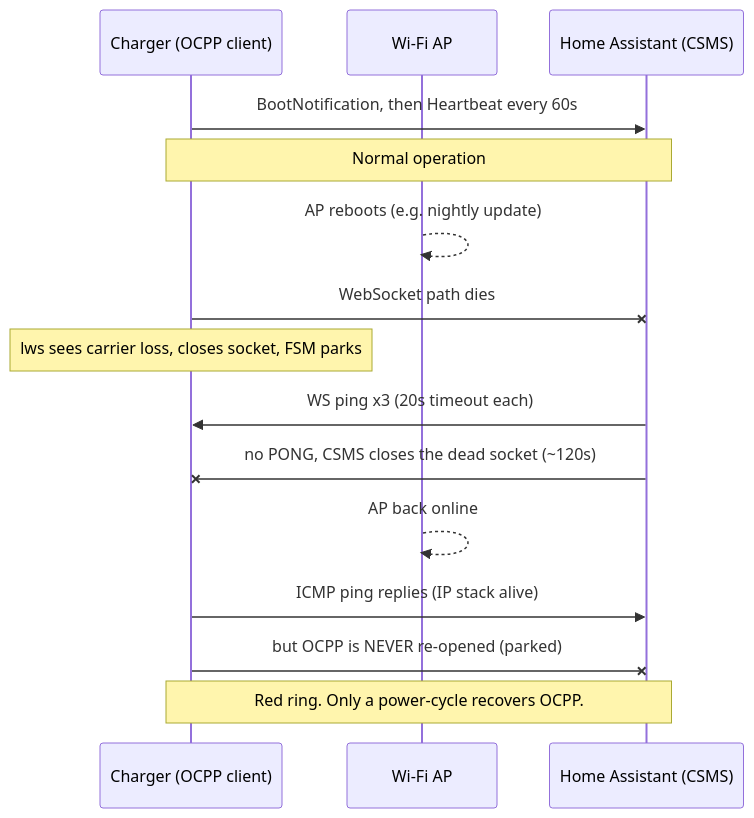
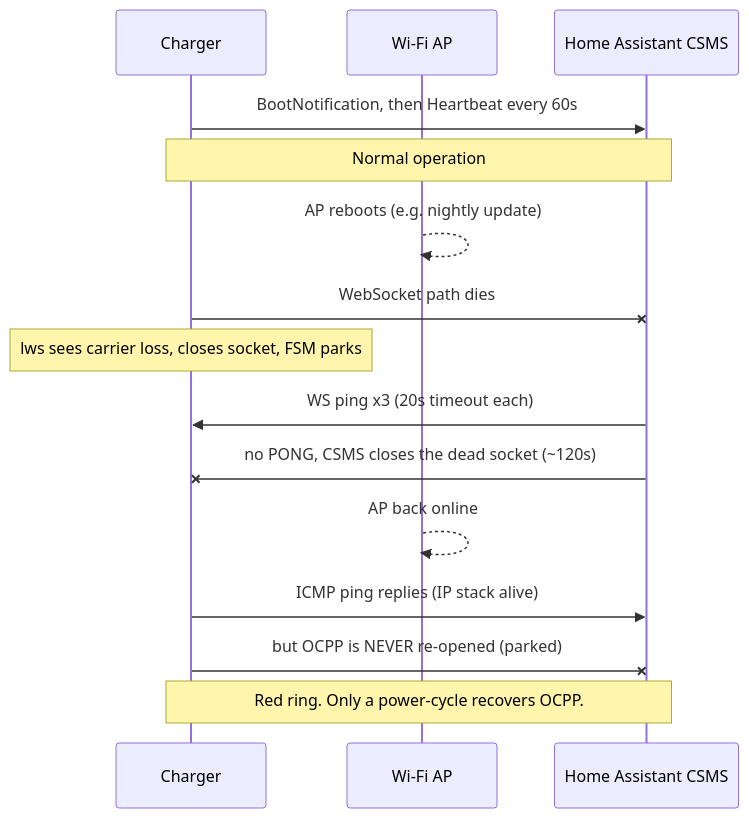
Before and after one commit to anthonws/ocpp: the first of 3 diagrams in docs/huawei-fusioncharge/README.md, drawn with Mermaid. The commit also changed 1 other file, not shown here.

Commit message:
docs: add call-graph + methodology, harden Mermaid diagrams
- firmware-reverse-engineering.md: add disconnect/reconnect call-graph
  (Mermaid) and a Methodology section.
- README.md: simplify sequence-diagram participant aliases.
All 4 Mermaid diagrams validated by rendering with mermaid-cli.

````diff
--- a/docs/huawei-fusioncharge/README.md
+++ b/docs/huawei-fusioncharge/README.md
@@ -37,17 +37,17 @@
 ```mermaid
 sequenceDiagram
-    participant CP as Charger (OCPP client)
+    participant CP as Charger
     participant AP as Wi-Fi AP
-    participant CSMS as Home Assistant (CSMS)
+    participant CSMS as Home Assistant CSMS
     CP->>CSMS: BootNotification, then Heartbeat every 60s
     Note over CP,CSMS: Normal operation
     AP-->>AP: AP reboots (e.g. nightly update)
     CP-xCSMS: WebSocket path dies
     Note over CP: lws sees carrier loss, closes socket, FSM parks
     CSMS->>CP: WS ping x3 (20s timeout each)
     CSMS-xCP: no PONG, CSMS closes the dead socket (~120s)
     AP-->>AP: AP back online
     CP->>CSMS: ICMP ping replies (IP stack alive)
     CP-xCSMS: but OCPP is NEVER re-opened (parked)
     Note over CP,CSMS: Red ring. Only a power-cycle recovers OCPP.
 ```
````
